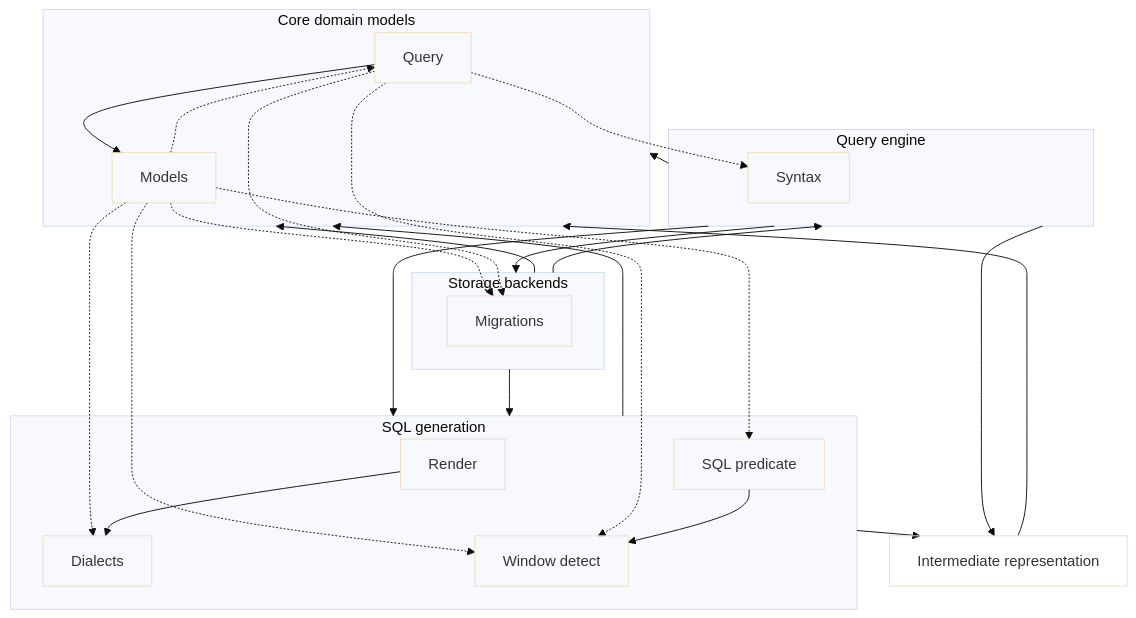
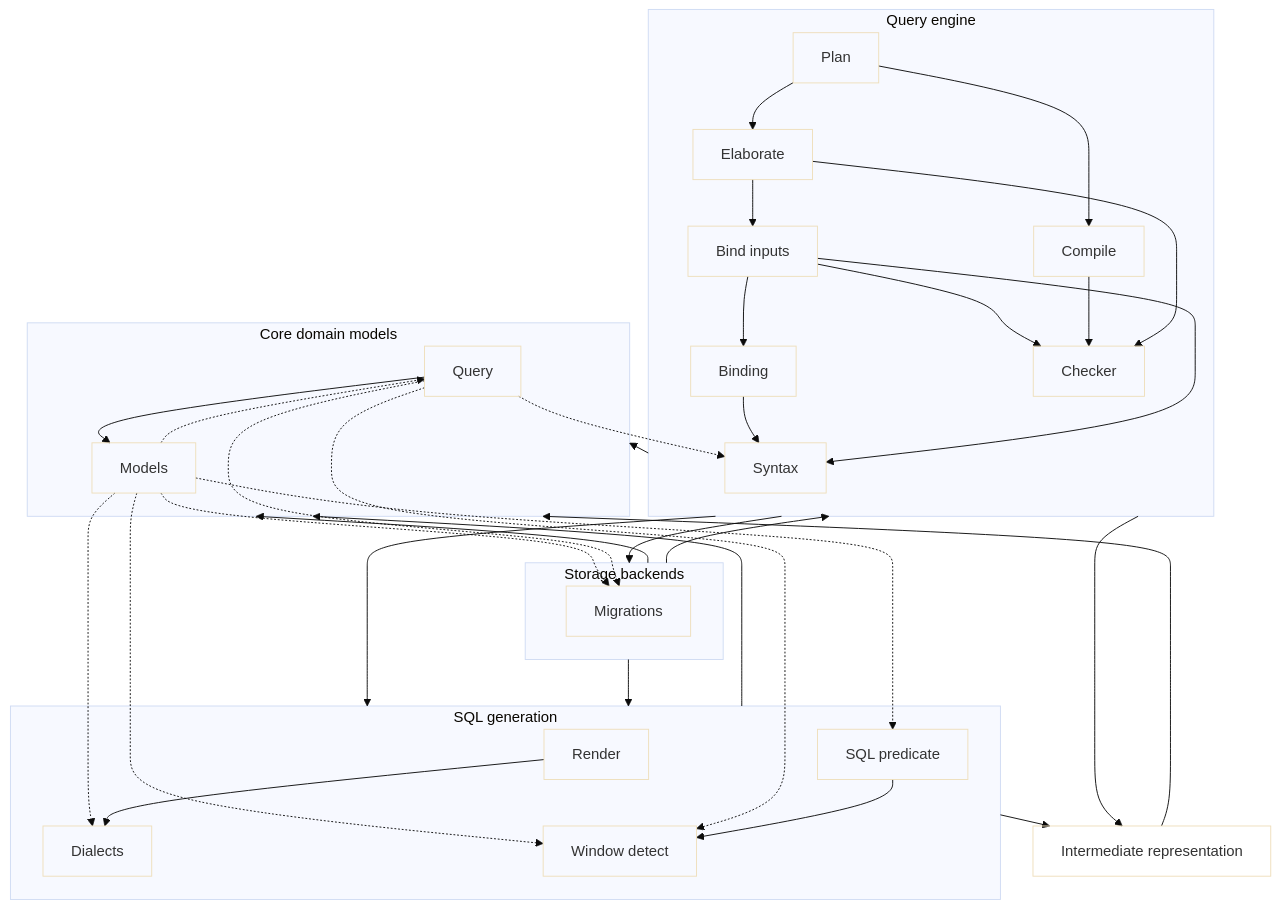
One commit to MotleyAI/slayer changed the first of 2 diagrams in architecture/engine.arc42.md. Above: the diagram before and after it, drawn with Mermaid (base theme). The commit also changed other lines of this file and 6 other files, not shown here.

````diff
--- a/architecture/engine.arc42.md
+++ b/architecture/engine.arc42.md
@@ -15,44 +15,59 @@
 ```mermaid
 flowchart TD
   %% query_pipeline: Query pipeline
   subgraph core["Core domain models"]
     core__query["Query"]
     core__models["Models"]
   end
   subgraph sql["SQL generation"]
     sql__render["Render"]
     sql__dialects["Dialects"]
     sql__sql_predicate["SQL predicate"]
     sql__window_detect["Window detect"]
   end
   subgraph engine["Query engine"]
     engine__syntax["Syntax"]
+    engine__binding["Binding"]
+    engine__bind_inputs["Bind inputs"]
+    engine__elaborate_env["Checker"]
+    engine__elaborate["Elaborate"]
+    engine__compile["Compile"]
+    engine__plan["Plan"]
   end
   ir["Intermediate representation"]
   subgraph storage["Storage backends"]
     storage__migrations["Migrations"]
   end
   core__query -.-> engine__syntax
   core__models -.-> sql__dialects
   core__models -.-> sql__sql_predicate
   core__models -.-> sql__window_detect
   core__query -.-> sql__window_detect
   core__models -.-> storage__migrations
   core__query -.-> storage__migrations
   core__models -.-> core__query
   core__query --> core__models
   sql__render --> sql__dialects
   sql__sql_predicate --> sql__window_detect
+  engine__binding --> engine__syntax
+  engine__bind_inputs --> engine__binding
+  engine__bind_inputs --> engine__elaborate_env
+  engine__bind_inputs --> engine__syntax
+  engine__compile --> engine__elaborate_env
+  engine__elaborate --> engine__bind_inputs
+  engine__elaborate --> engine__elaborate_env
+  engine__plan --> engine__compile
+  engine__plan --> engine__elaborate
   engine --> core
   engine --> ir
   engine --> sql
   engine --> storage
   ir --> core
   sql --> core
   sql --> ir
   storage --> core
   storage --> engine
   storage --> sql
   classDef leaf fill:none;
-  class core__query,core__models,sql__render,sql__dialects,sql__sql_predicate,sql__window_detect,engine__syntax,ir,storage__migrations leaf;
+  class core__query,core__models,sql__render,sql__dialects,sql__sql_predicate,sql__window_detect,engine__syntax,engine__binding,engine__bind_inputs,engine__elaborate_env,engine__elaborate,engine__compile,engine__plan,ir,storage__migrations leaf;
 ```
````
